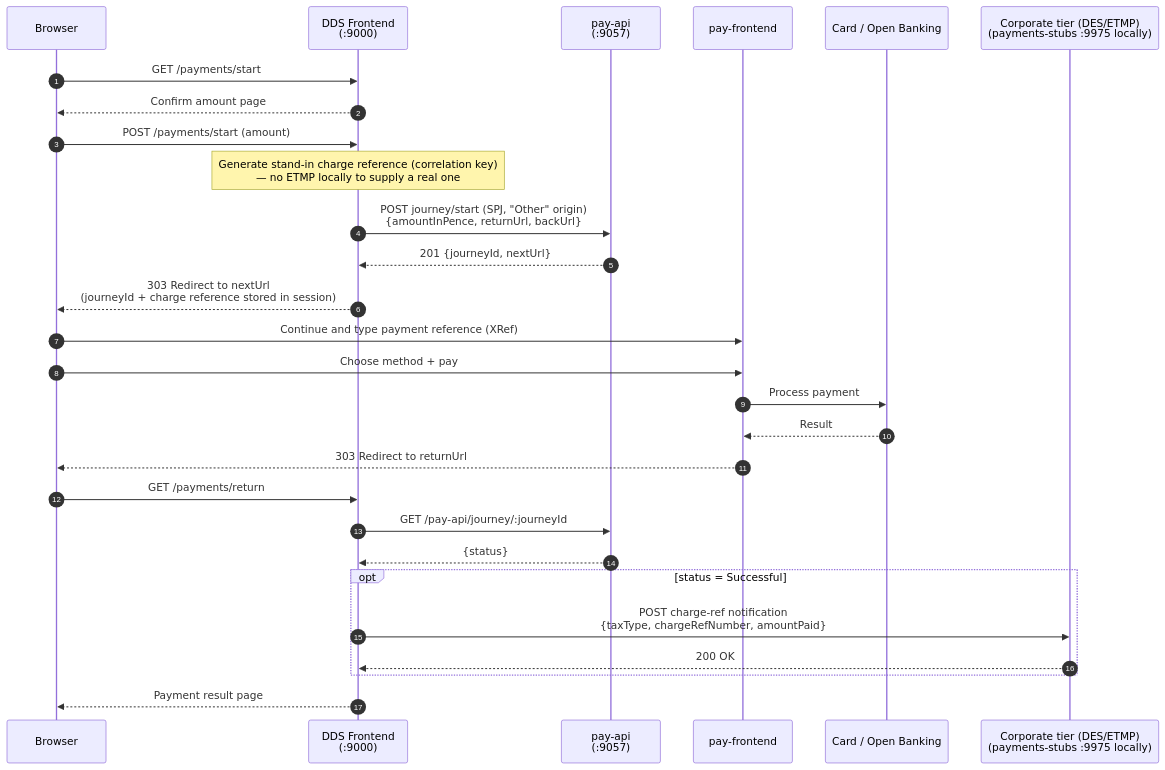
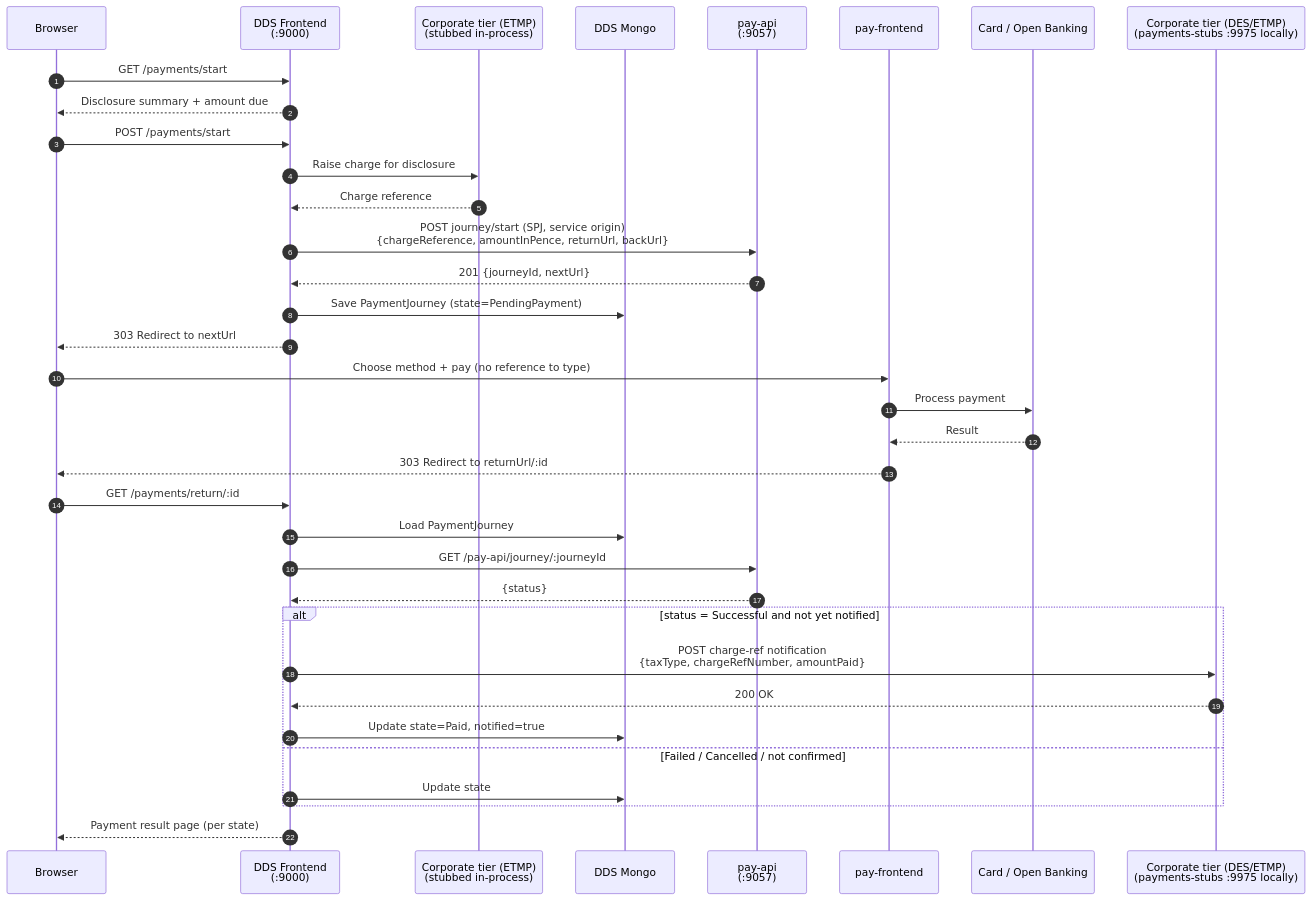
Before and after one commit to hmrc/digital-disclosure-service-alpha-frontend: the fifth of 5 diagrams in README.md, drawn with Mermaid. The commit also changed other lines of this file and 13 other files, not shown here.

First line of the commit message:
UDS-383: Align payments PoC with the production flow

````diff
--- a/README.md
+++ b/README.md
@@ -352,33 +352,40 @@
 ```mermaid
 sequenceDiagram
     autonumber
     participant User as Browser
     participant DDS as DDS Frontend<br/>(:9000)
+    participant Etmp as Corporate tier (ETMP)<br/>(stubbed in-process)
+    participant Mongo as DDS Mongo
     participant PayApi as pay-api<br/>(:9057)
     participant PayFE as pay-frontend
     participant Bank as Card / Open Banking
     participant Corp as Corporate tier (DES/ETMP)<br/>(payments-stubs :9975 locally)
 
     User->>DDS: GET /payments/start
-    DDS-->>User: Confirm amount page
-    User->>DDS: POST /payments/start (amount)
-    Note over DDS: Generate stand-in charge reference (correlation key)<br/>— no ETMP locally to supply a real one
-    DDS->>PayApi: POST journey/start (SPJ, "Other" origin)<br/>{amountInPence, returnUrl, backUrl}
+    DDS-->>User: Disclosure summary + amount due
+    User->>DDS: POST /payments/start
+    DDS->>Etmp: Raise charge for disclosure
+    Etmp-->>DDS: Charge reference
+    DDS->>PayApi: POST journey/start (SPJ, service origin)<br/>{chargeReference, amountInPence, returnUrl, backUrl}
     PayApi-->>DDS: 201 {journeyId, nextUrl}
-    DDS-->>User: 303 Redirect to nextUrl<br/>(journeyId + charge reference stored in session)
+    DDS->>Mongo: Save PaymentJourney (state=PendingPayment)
+    DDS-->>User: 303 Redirect to nextUrl
 
-    User->>PayFE: Continue and type payment reference (XRef)
-    User->>PayFE: Choose method + pay
+    User->>PayFE: Choose method + pay (no reference to type)
     PayFE->>Bank: Process payment
     Bank-->>PayFE: Result
-    PayFE-->>User: 303 Redirect to returnUrl
+    PayFE-->>User: 303 Redirect to returnUrl/:id
 
-    User->>DDS: GET /payments/return
+    User->>DDS: GET /payments/return/:id
+    DDS->>Mongo: Load PaymentJourney
     DDS->>PayApi: GET /pay-api/journey/:journeyId
     PayApi-->>DDS: {status}
-    opt status = Successful
+    alt status = Successful and not yet notified
         DDS->>Corp: POST charge-ref notification<br/>{taxType, chargeRefNumber, amountPaid}
         Corp-->>DDS: 200 OK
+        DDS->>Mongo: Update state=Paid, notified=true
+    else Failed / Cancelled / not confirmed
+        DDS->>Mongo: Update state
     end
-    DDS-->>User: Payment result page
+    DDS-->>User: Payment result page (per state)
 ```
````
